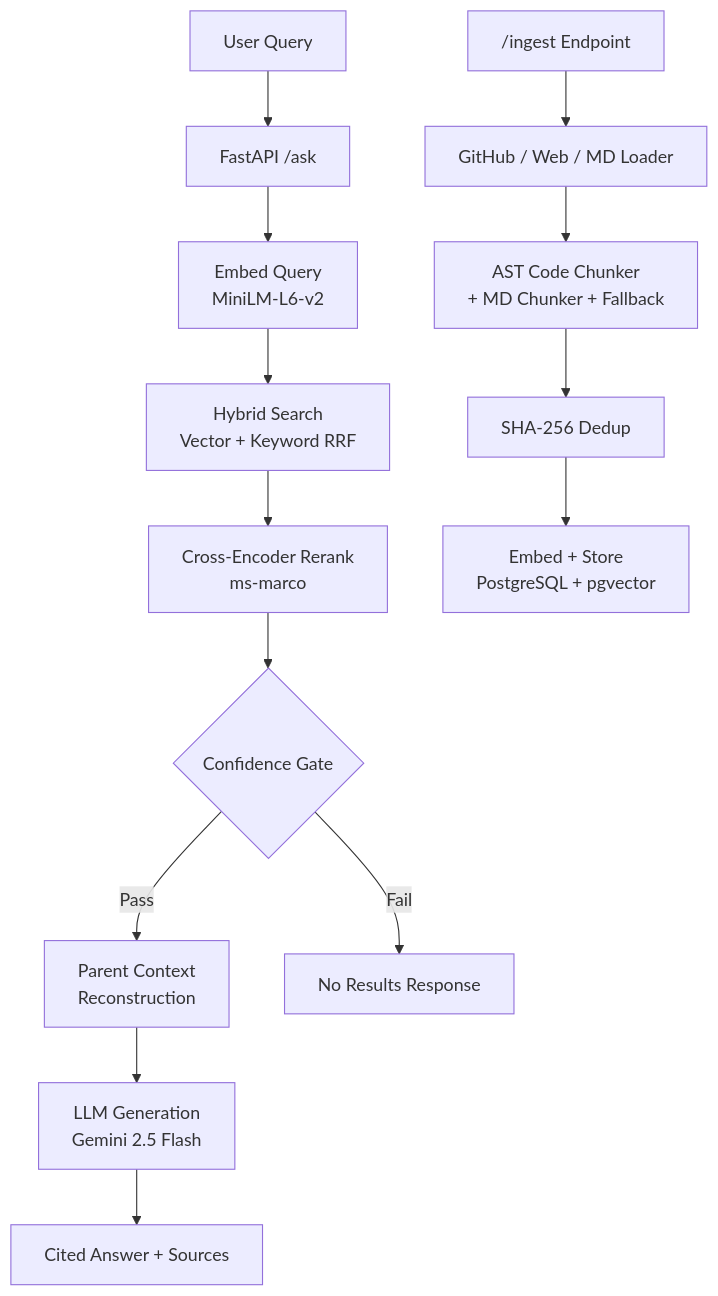
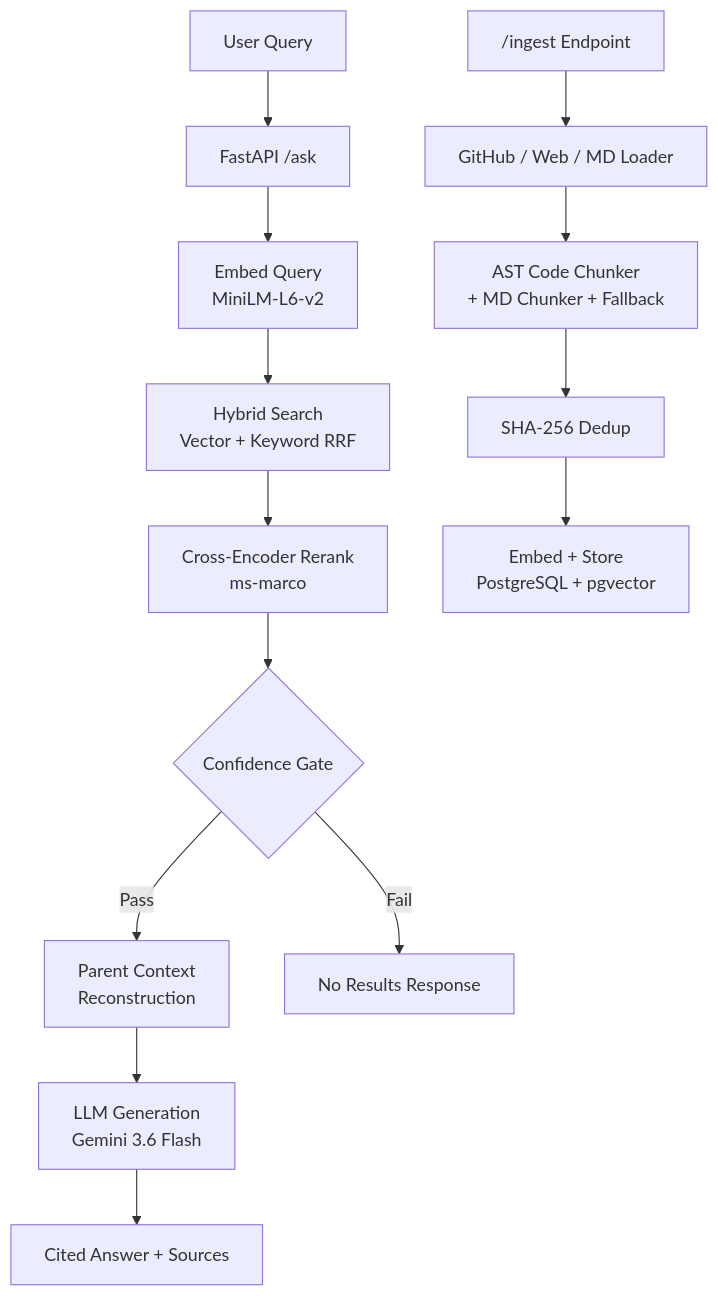
Before and after one commit to Anuj0725/CodeLens: the diagram in README.md, drawn with Mermaid. The commit also changed 4 other files, not shown here.

````diff
--- a/README.md
+++ b/README.md
@@ -45,17 +45,17 @@
 ```mermaid
 graph TD
     A[User Query] --> B["FastAPI /ask"]
     B --> C["Embed Query<br>MiniLM-L6-v2"]
     C --> D[Hybrid Search<br>Vector + Keyword RRF]
     D --> E[Cross-Encoder Rerank<br>ms-marco]
     E --> F{Confidence Gate}
     F -->|Pass| G[Parent Context<br>Reconstruction]
     F -->|Fail| H[No Results Response]
-    G --> I[LLM Generation<br>Gemini 2.5 Flash]
+    G --> I["LLM Generation<br>Gemini 3.6 Flash"]
     I --> J[Cited Answer + Sources]
 
     K["/ingest Endpoint"] --> L["GitHub / Web / MD Loader"]
     L --> M["AST Code Chunker<br>+ MD Chunker + Fallback"]
     M --> N[SHA-256 Dedup]
     N --> O["Embed + Store<br>PostgreSQL + pgvector"]
 ```
````
